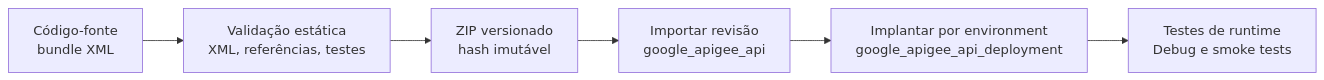
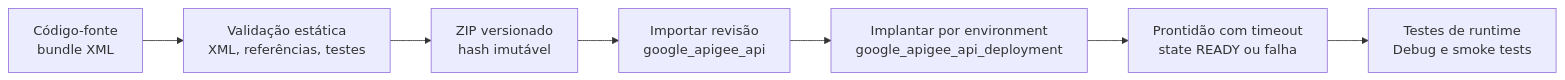
Before and after one commit to rodri-oliveira-dev/apigee-architecture-lab: the diagram in docs/pt-br/deployment-lifecycle.md, drawn with Mermaid. The commit also changed other lines of this file and 3 other files, not shown here.

````diff
--- a/docs/pt-br/deployment-lifecycle.md
+++ b/docs/pt-br/deployment-lifecycle.md
@@ -7,8 +7,9 @@
 ```mermaid
 flowchart LR
     S[Código-fonte<br/>bundle XML] --> V[Validação estática<br/>XML, referências, testes]
     V --> Z[ZIP versionado<br/>hash imutável]
     Z --> I[Importar revisão<br/>google_apigee_api]
     I --> D[Implantar por environment<br/>google_apigee_api_deployment]
-    D --> R[Testes de runtime<br/>Debug e smoke tests]
+    D --> W[Prontidão com timeout<br/>state READY ou falha]
+    W --> R[Testes de runtime<br/>Debug e smoke tests]
 ```
````
